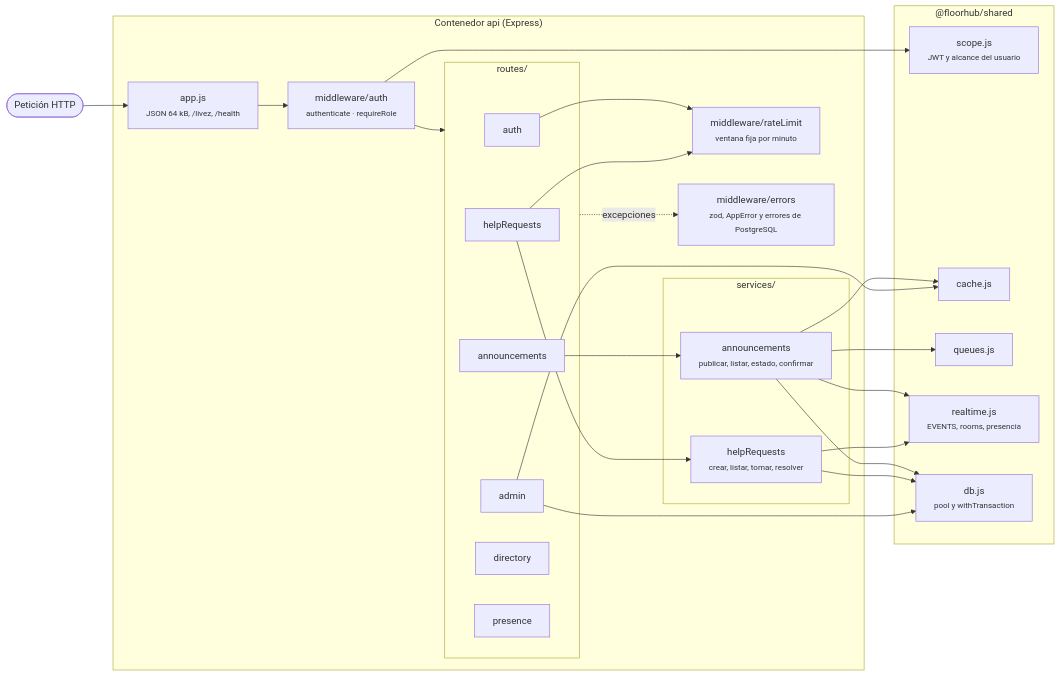
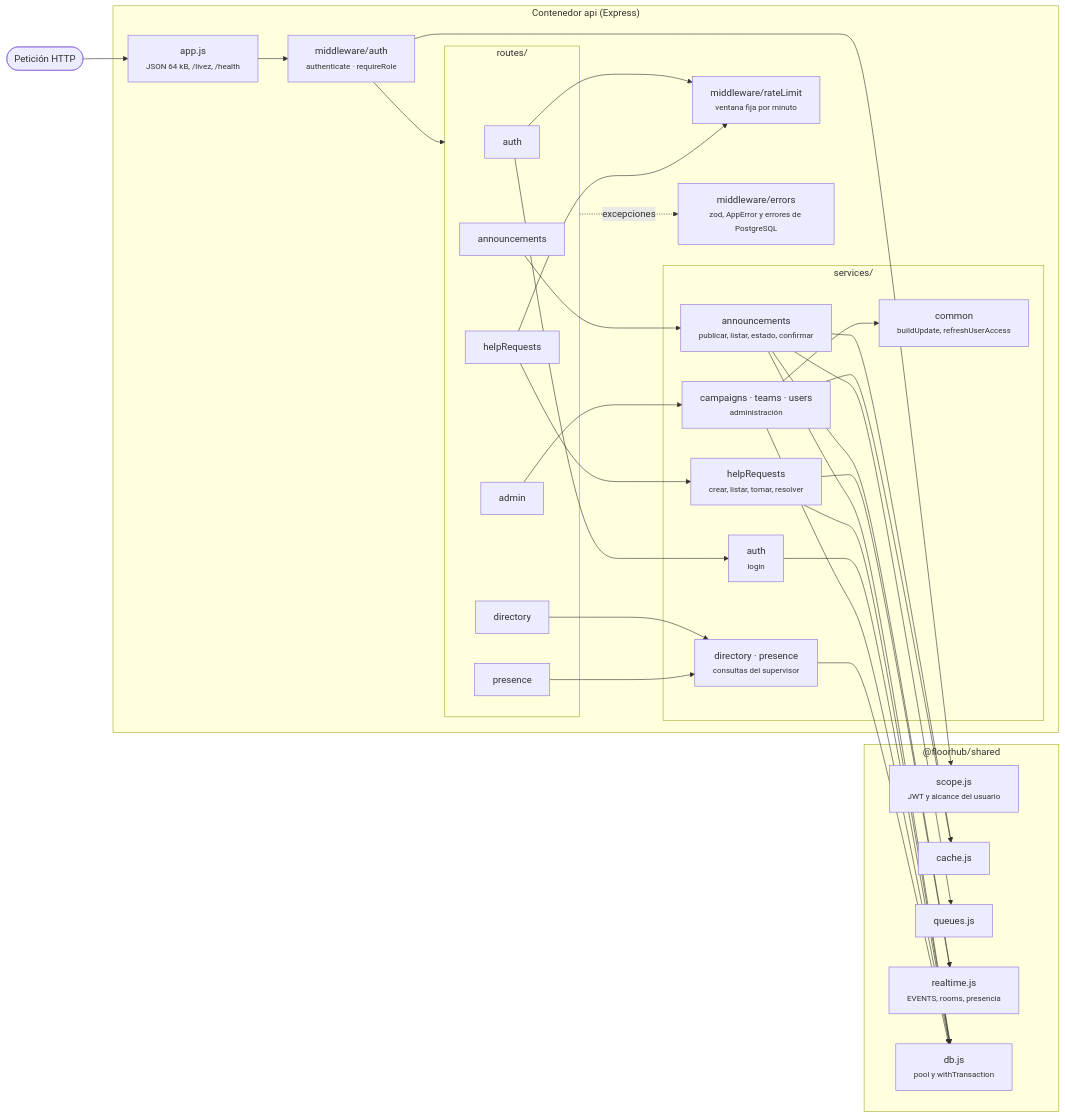
The diagram in docs/diagramas/fuentes/c4_componentes_api.mmd (ErickBits/FloorHub), drawn with Mermaid before and after one commit. The commit also changed 18 other files, not shown here.

```diff
--- a/docs/diagramas/fuentes/c4_componentes_api.mmd
+++ b/docs/diagramas/fuentes/c4_componentes_api.mmd
@@ -1,36 +1,43 @@
 flowchart LR
     REQ(["Petición HTTP"]) --> APP
     subgraph API["Contenedor api (Express)"]
         APP["app.js<br/><small>JSON 64 kB, /livez, /health</small>"]
         AUTH["middleware/auth<br/><small>authenticate · requireRole</small>"]
         RL["middleware/rateLimit<br/><small>ventana fija por minuto</small>"]
         subgraph R["routes/"]
             RA["auth"]
             RAD["admin"]
             RAN["announcements"]
             RH["helpRequests"]
             RD2["directory"]
             RP["presence"]
         end
         subgraph S["services/"]
             SAN["announcements<br/><small>publicar, listar, estado, confirmar</small>"]
             SH["helpRequests<br/><small>crear, listar, tomar, resolver</small>"]
+            SAU["auth<br/><small>login</small>"]
+            SAD["campaigns · teams · users<br/><small>administración</small>"]
+            SDP["directory · presence<br/><small>consultas del supervisor</small>"]
+            SCO["common<br/><small>buildUpdate, refreshUserAccess</small>"]
         end
         ERR["middleware/errors<br/><small>zod, AppError y errores de PostgreSQL</small>"]
     end
     subgraph SH2["@floorhub/shared"]
         SC["scope.js<br/><small>JWT y alcance del usuario</small>"]
         CA["cache.js"]
         QU["queues.js"]
         RT["realtime.js<br/><small>EVENTS, rooms, presencia</small>"]
         DB["db.js<br/><small>pool y withTransaction</small>"]
     end
     APP --> AUTH --> R
     RA & RH --> RL
     RAN --> SAN
     RH --> SH
     AUTH --> SC
     SAN --> DB & CA & QU & RT
     SH --> DB & RT
-    RAD --> DB & CA
+    RA --> SAU --> DB
+    RAD --> SAD --> DB & CA
+    SAD --> SCO
+    RD2 & RP --> SDP --> DB
     R -.->|"excepciones"| ERR
```
